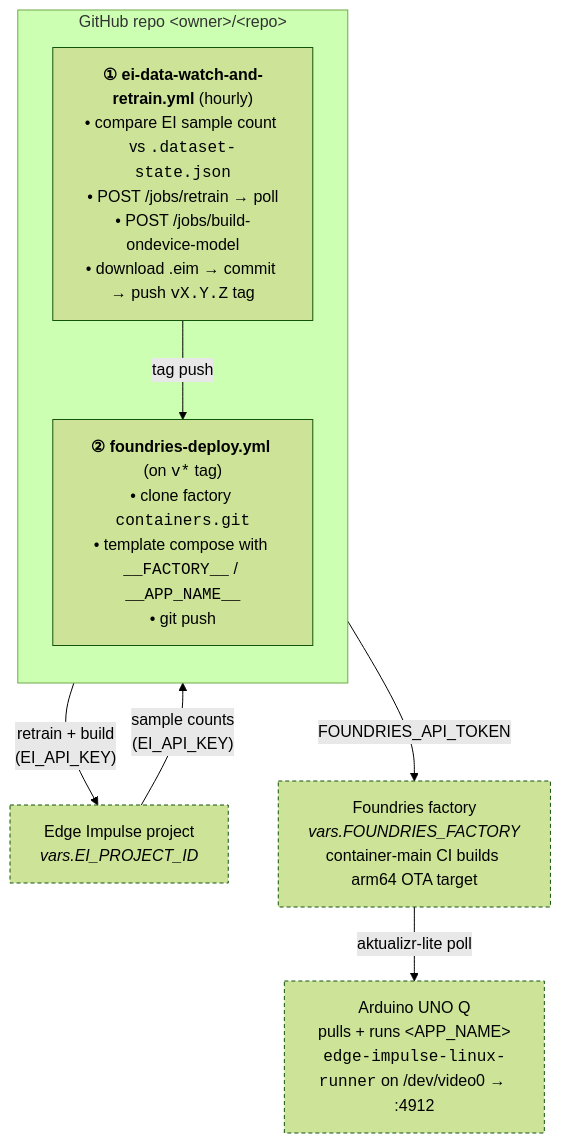
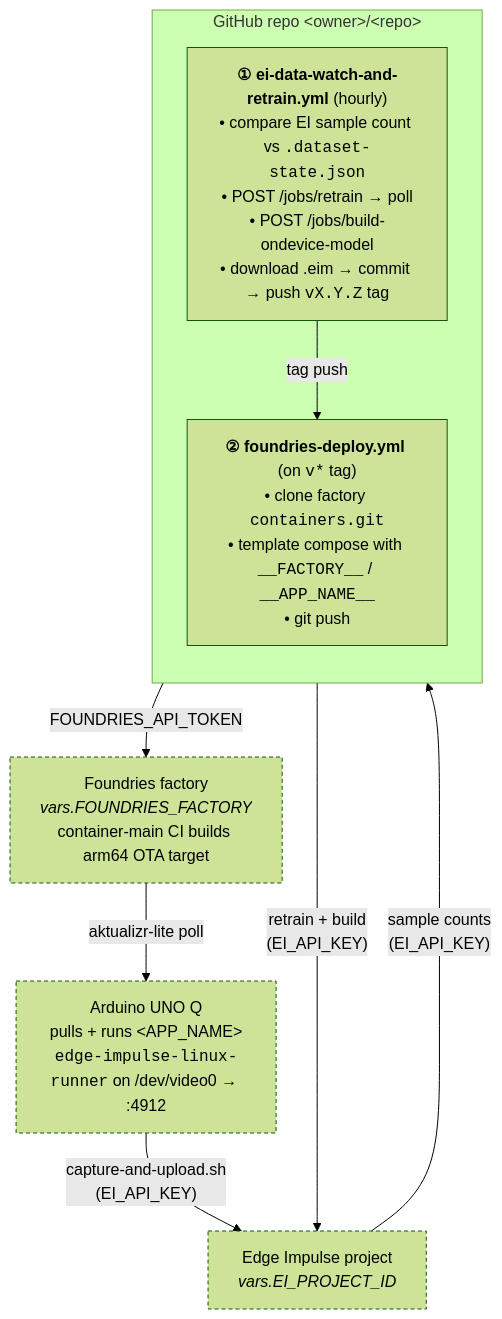
The diagram in README.md (yennster/ei-vision-uno-q-foundries), drawn with Mermaid (forest theme) before and after one commit. The commit also changed other lines of this file and 1 other file, not shown here.

First line of the commit message:
feat: add scripts/capture-and-upload.sh for on-device data capture

````diff
--- a/README.md
+++ b/README.md
@@ -11,22 +11,23 @@
 ```mermaid
 flowchart TB
     EI["Edge Impulse project<br/><i>vars.EI_PROJECT_ID</i>"]
 
     subgraph GH["GitHub repo &lt;owner&gt;/&lt;repo&gt;"]
         direction TB
         WF1["<b>① ei-data-watch-and-retrain.yml</b> (hourly)<br/>• compare EI sample count vs <code>.dataset-state.json</code><br/>• POST /jobs/retrain → poll<br/>• POST /jobs/build-ondevice-model<br/>• download .eim → commit → push <code>vX.Y.Z</code> tag"]
         WF2["<b>② foundries-deploy.yml</b> (on <code>v*</code> tag)<br/>• clone factory <code>containers.git</code><br/>• template compose with <code>__FACTORY__</code> / <code>__APP_NAME__</code><br/>• git push"]
         WF1 -- "tag push" --> WF2
     end
 
     Factory["Foundries factory<br/><i>vars.FOUNDRIES_FACTORY</i><br/>container-main CI builds arm64 OTA target"]
     UnoQ["Arduino UNO Q<br/>pulls + runs &lt;APP_NAME&gt;<br/><code>edge-impulse-linux-runner</code> on /dev/video0 → :4912"]
 
     EI -- "sample counts<br/>(EI_API_KEY)" --> WF1
     WF1 -- "retrain + build<br/>(EI_API_KEY)" --> EI
     WF2 -- "FOUNDRIES_API_TOKEN" --> Factory
     Factory -- "aktualizr-lite poll" --> UnoQ
+    UnoQ -- "capture-and-upload.sh<br/>(EI_API_KEY)" --> EI
 
     classDef secret stroke-dasharray: 4 3;
     class EI,Factory,UnoQ secret;
 ```
````
